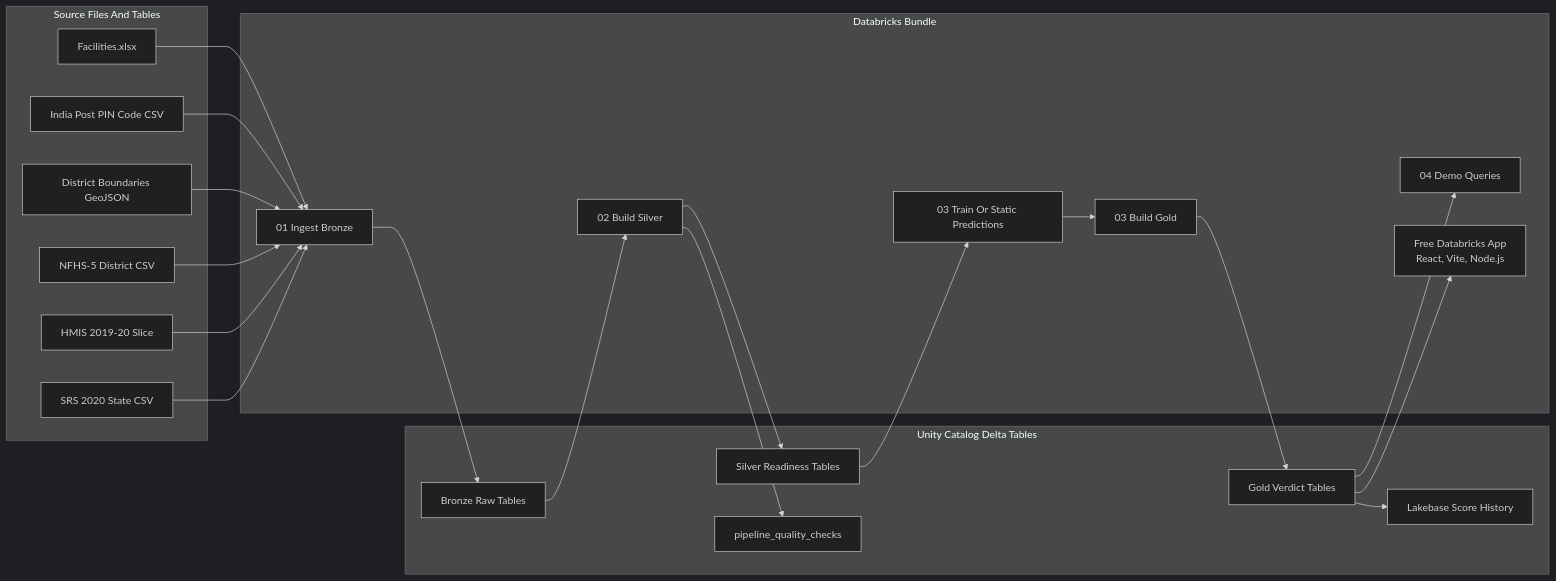
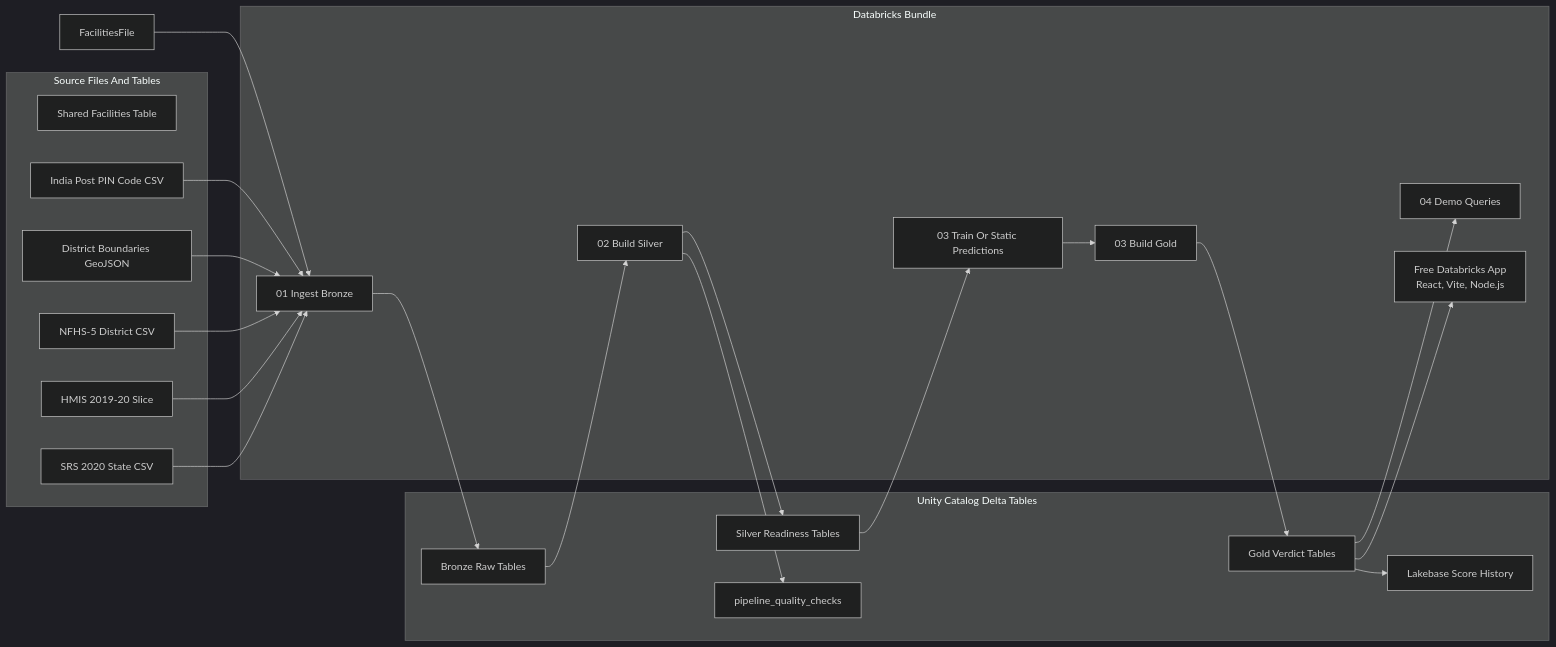
Before and after one commit to d-padmanabhan/dais-2026-data-readiness-desk: the first of 4 diagrams in docs/diagrams.md, drawn with Mermaid (dark theme). The commit also changed 6 other files, not shown here.

First line of the commit message:
fix(databricks): align bootstrap setup with bundle schema

````diff
--- a/docs/diagrams.md
+++ b/docs/diagrams.md
@@ -16,45 +16,45 @@
 ```mermaid
 flowchart LR
   subgraph source [Source Files And Tables]
-    FacilitiesFile["Facilities.xlsx"]
+    FacilitiesTable["Shared Facilities Table"]
     PincodeCsv["India Post PIN Code CSV"]
     BoundaryGeojson["District Boundaries GeoJSON"]
     NfhsCsv["NFHS-5 District CSV"]
     HmisCsv["HMIS 2019-20 Slice"]
     SrsCsv["SRS 2020 State CSV"]
   end
 
   subgraph bundle [Databricks Bundle]
     BronzeNotebook["01 Ingest Bronze"]
     SilverNotebook["02 Build Silver"]
     ModelNotebook["03 Train Or Static Predictions"]
     GoldNotebook["03 Build Gold"]
     DemoNotebook["04 Demo Queries"]
     App["Free Databricks App<br/>React, Vite, Node.js"]
   end
 
   subgraph tables [Unity Catalog Delta Tables]
     BronzeTables["Bronze Raw Tables"]
     SilverTables["Silver Readiness Tables"]
     GoldTables["Gold Verdict Tables"]
     Lakebase["Lakebase Score History"]
     QualityChecks["pipeline_quality_checks"]
   end
 
   FacilitiesFile --> BronzeNotebook
   PincodeCsv --> BronzeNotebook
   BoundaryGeojson --> BronzeNotebook
   NfhsCsv --> BronzeNotebook
   HmisCsv --> BronzeNotebook
   SrsCsv --> BronzeNotebook
   BronzeNotebook --> BronzeTables
   BronzeTables --> SilverNotebook
   SilverNotebook --> SilverTables
   SilverNotebook --> QualityChecks
   SilverTables --> ModelNotebook
   ModelNotebook --> GoldNotebook
   GoldNotebook --> GoldTables
   GoldTables --> Lakebase
   GoldTables --> DemoNotebook
   GoldTables --> App
 ```
````
